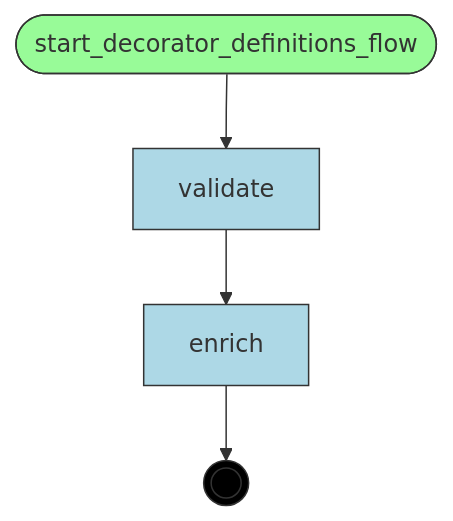
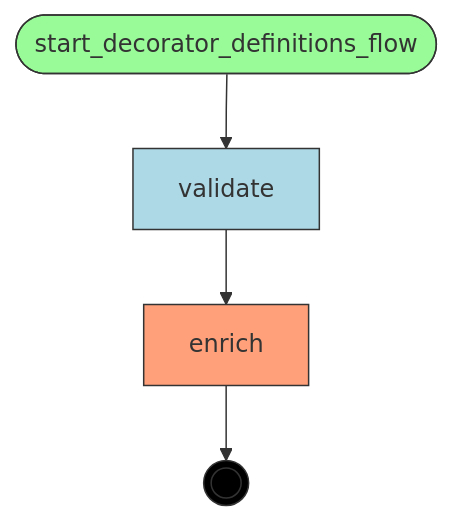
Before and after one commit to deliveryhero/asya: the diagram in examples/flows/compiled/decorator_definitions/flow.mmd, drawn with Mermaid. The commit also changed 364 other files, not shown here.

First line of the commit message:
feat(compiler): Phase 2 — 5-step pipeline with manifest generation and FlowInfo (#339)

```diff
--- a/examples/flows/compiled/decorator_definitions/flow.mmd
+++ b/examples/flows/compiled/decorator_definitions/flow.mmd
@@ -1,19 +1,21 @@
 flowchart TD
     %% Flow: decorator_definitions_flow
 
     enrich[enrich]
     start_decorator_definitions_flow([start_decorator_definitions_flow])
     validate[validate]
     __end__((( )))
 
     start_decorator_definitions_flow --> validate
     validate --> enrich
     enrich --> __end__
 
-    classDef entrypoint fill:#98FB98,stroke:#333
+    classDef start fill:#98FB98,stroke:#333
+    classDef endnode fill:#FFA07A,stroke:#333
     classDef router fill:#F5DEB3,stroke:#333
     classDef handler fill:#ADD8E6,stroke:#333
     classDef endpoint fill:#000,stroke:#333,color:#fff
-    class start_decorator_definitions_flow entrypoint
-    class enrich,validate handler
+    class start_decorator_definitions_flow start
+    class enrich endnode
+    class validate handler
     class __end__ endpoint
```
